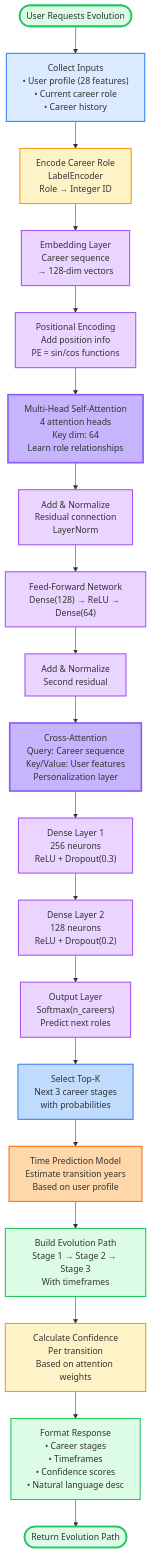
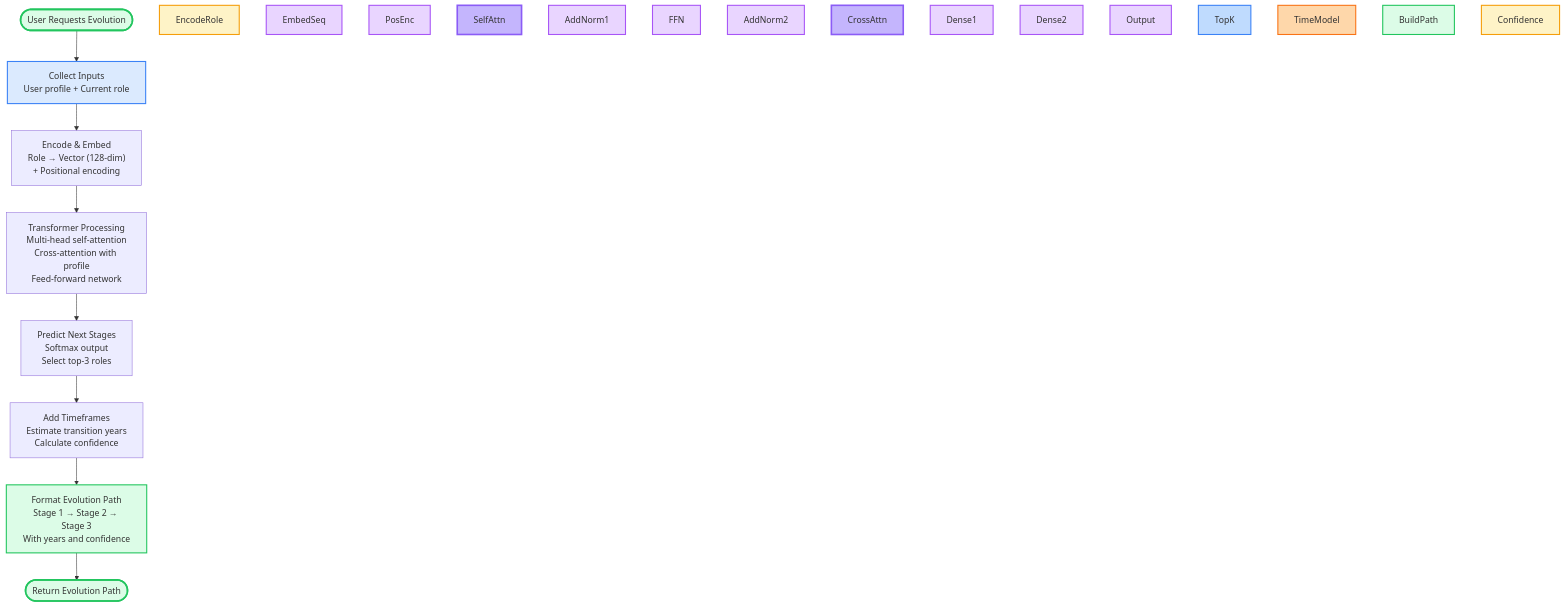
One commit to rafainamdar04/BrightPathCareerRecommendation changed the diagram in docs/figures/06_career_evolution_transformer.mmd. Above: the diagram before and after it, drawn with Mermaid. The commit also changed 5 other files, not shown here.

First line of the commit message:
Simplify complex diagrams for better readability

```diff
--- a/docs/figures/06_career_evolution_transformer.mmd
+++ b/docs/figures/06_career_evolution_transformer.mmd
@@ -1,58 +1,36 @@
 flowchart TD
-    %% Career Evolution Algorithm (Transformer-based)
+    %% Career Evolution Algorithm (Transformer-based) - Simplified
     
-    Start([User Requests Evolution]) --> Input["Collect Inputs<br/>• User profile (28 features)<br/>• Current career role<br/>• Career history"]
+    Start([User Requests Evolution]) --> Input["Collect Inputs<br/>User profile + Current role"]
     
-    Input --> EncodeRole["Encode Career Role<br/>LabelEncoder<br/>Role → Integer ID"]
+    Input --> Encode["Encode & Embed<br/>Role → Vector (128-dim)<br/>+ Positional encoding"]
     
-    EncodeRole --> EmbedSeq["Embedding Layer<br/>Career sequence<br/>→ 128-dim vectors"]
+    Encode --> Attention["Transformer Processing<br/>Multi-head self-attention<br/>Cross-attention with profile<br/>Feed-forward network"]
     
-    EmbedSeq --> PosEnc["Positional Encoding<br/>Add position info<br/>PE = sin/cos functions"]
+    Attention --> Predict["Predict Next Stages<br/>Softmax output<br/>Select top-3 roles"]
     
-    PosEnc --> SelfAttn["Multi-Head Self-Attention<br/>4 attention heads<br/>Key dim: 64<br/>Learn role relationships"]
+    Predict --> Timeline["Add Timeframes<br/>Estimate transition years<br/>Calculate confidence"]
     
-    SelfAttn --> AddNorm1["Add & Normalize<br/>Residual connection<br/>LayerNorm"]
-    
-    AddNorm1 --> FFN["Feed-Forward Network<br/>Dense(128) → ReLU → Dense(64)"]
-    
-    FFN --> AddNorm2["Add & Normalize<br/>Second residual"]
-    
-    AddNorm2 --> CrossAttn["Cross-Attention<br/>Query: Career sequence<br/>Key/Value: User features<br/>Personalization layer"]
-    
-    CrossAttn --> Dense1["Dense Layer 1<br/>256 neurons<br/>ReLU + Dropout(0.3)"]
-    
-    Dense1 --> Dense2["Dense Layer 2<br/>128 neurons<br/>ReLU + Dropout(0.2)"]
-    
-    Dense2 --> Output["Output Layer<br/>Softmax(n_careers)<br/>Predict next roles"]
-    
-    Output --> TopK["Select Top-K<br/>Next 3 career stages<br/>with probabilities"]
-    
-    TopK --> TimeModel["Time Prediction Model<br/>Estimate transition years<br/>Based on user profile"]
-    
-    TimeModel --> BuildPath["Build Evolution Path<br/>Stage 1 → Stage 2 → Stage 3<br/>With timeframes"]
-    
-    BuildPath --> Confidence["Calculate Confidence<br/>Per transition<br/>Based on attention weights"]
-    
-    Confidence --> Format["Format Response<br/>• Career stages<br/>• Timeframes<br/>• Confidence scores<br/>• Natural language desc"]
+    Timeline --> Format["Format Evolution Path<br/>Stage 1 → Stage 2 → Stage 3<br/>With years and confidence"]
     
     Format --> End([Return Evolution Path])
     
     style Start fill:#dcfce7,stroke:#22c55e,stroke-width:3px
     style Input fill:#dbeafe,stroke:#3b82f6,stroke-width:2px
     style EncodeRole fill:#fef3c7,stroke:#f59e0b,stroke-width:2px
     style EmbedSeq fill:#e9d5ff,stroke:#a855f7,stroke-width:2px
     style PosEnc fill:#e9d5ff,stroke:#a855f7,stroke-width:2px
     style SelfAttn fill:#c4b5fd,stroke:#8b5cf6,stroke-width:3px
     style AddNorm1 fill:#e9d5ff,stroke:#a855f7,stroke-width:2px
     style FFN fill:#e9d5ff,stroke:#a855f7,stroke-width:2px
     style AddNorm2 fill:#e9d5ff,stroke:#a855f7,stroke-width:2px
     style CrossAttn fill:#c4b5fd,stroke:#8b5cf6,stroke-width:3px
     style Dense1 fill:#e9d5ff,stroke:#a855f7,stroke-width:2px
     style Dense2 fill:#e9d5ff,stroke:#a855f7,stroke-width:2px
     style Output fill:#e9d5ff,stroke:#a855f7,stroke-width:2px
     style TopK fill:#bfdbfe,stroke:#3b82f6,stroke-width:2px
     style TimeModel fill:#fed7aa,stroke:#f97316,stroke-width:2px
     style BuildPath fill:#dcfce7,stroke:#22c55e,stroke-width:2px
     style Confidence fill:#fef3c7,stroke:#f59e0b,stroke-width:2px
     style Format fill:#dcfce7,stroke:#22c55e,stroke-width:2px
     style End fill:#dcfce7,stroke:#22c55e,stroke-width:3px
```
